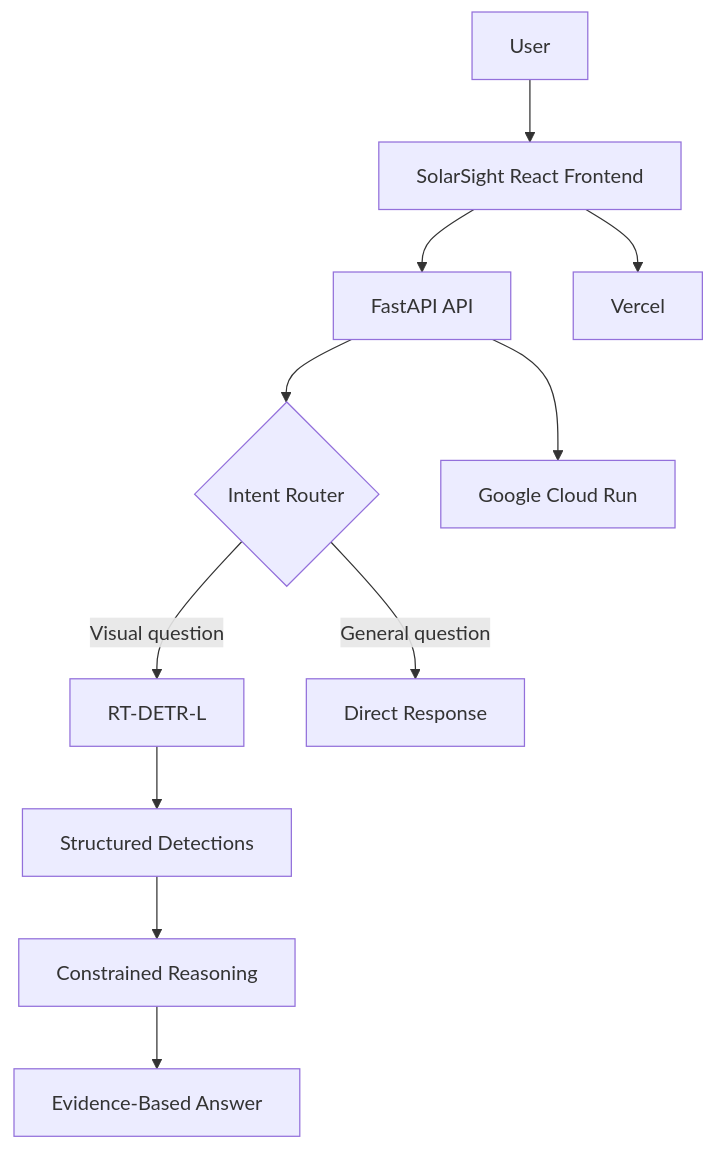
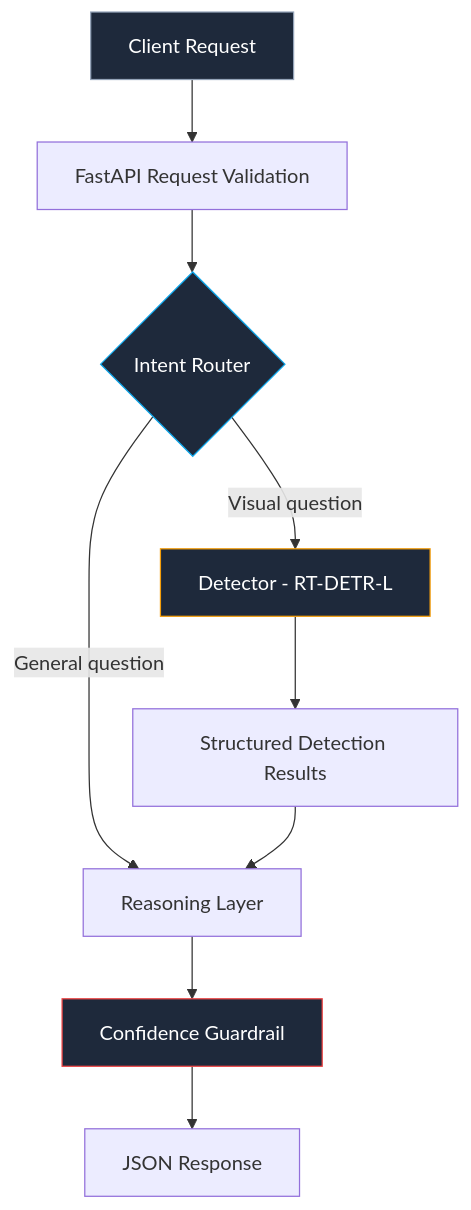
One commit to santhoshr-15/SolarSight changed the third of 6 diagrams in README.md. Above: the diagram before and after it, drawn with Mermaid. The commit also changed other lines of this file and 6 other files, not shown here.

Commit message:
docs: comprehensive README case study with evaluation visuals and architecture diagrams

````diff
--- a/README.md
+++ b/README.md
@@ -65,14 +199,16 @@
 ```mermaid
 flowchart TD
-    A[User] --> B[SolarSight React Frontend]
-    B --> C[FastAPI API]
-    C --> D{Intent Router}
-    D -->|Visual question| E[RT-DETR-L]
-    D -->|General question| F[Direct Response]
-    E --> G[Structured Detections]
-    G --> H[Constrained Reasoning]
-    H --> I[Evidence-Based Answer]
-    
-    B --> V[Vercel]
-    C --> R[Google Cloud Run]
+    C[Client Request] --> V[FastAPI Request Validation]
+    V --> IR{Intent Router}
+    IR -->|Visual question| D[Detector - RT-DETR-L]
+    IR -->|General question| R[Reasoning Layer]
+    D --> SD[Structured Detection Results]
+    SD --> R
+    R --> CG[Confidence Guardrail]
+    CG --> J[JSON Response]
+
+    style C fill:#1e293b,stroke:#94a3b8,color:#fff
+    style IR fill:#1e293b,stroke:#0ea5e9,color:#fff
+    style D fill:#1e293b,stroke:#f59e0b,color:#fff
+    style CG fill:#1e293b,stroke:#ef4444,color:#fff
 ```
````
